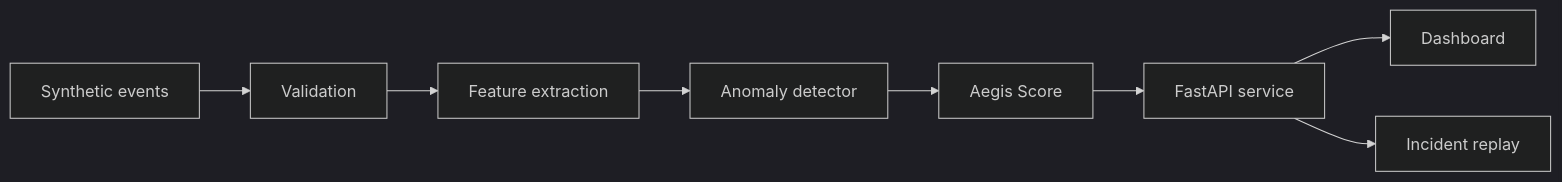
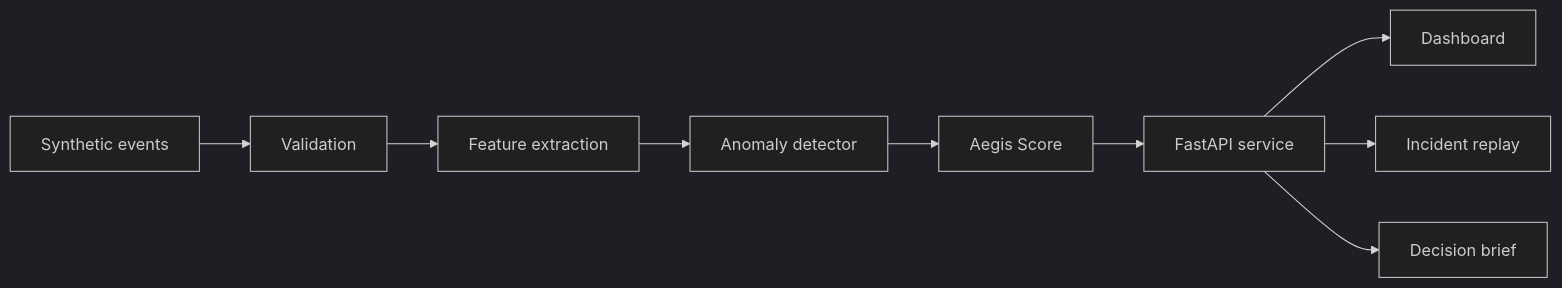
One commit to Ayush141910/aegisflow-risk-platform changed the diagram in README.md. Above: the diagram before and after it, drawn with Mermaid (dark theme). The commit also changed other lines of this file and 10 other files, not shown here.

Commit message:
Polish launch story and decision brief

````diff
--- a/README.md
+++ b/README.md
@@ -32,10 +54,11 @@
 ```mermaid
 flowchart LR
   A["Synthetic events"] --> B["Validation"]
   B --> C["Feature extraction"]
   C --> D["Anomaly detector"]
   D --> E["Aegis Score"]
   E --> F["FastAPI service"]
   F --> G["Dashboard"]
   F --> H["Incident replay"]
+  F --> I["Decision brief"]
 ```
````
